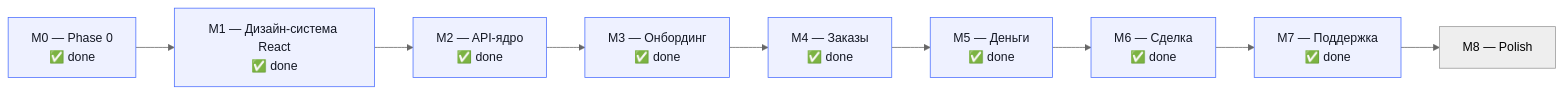
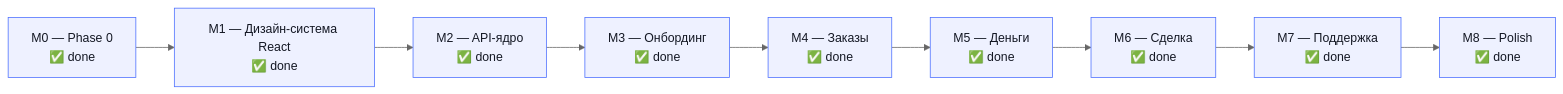
One commit to koishybek/zovu changed the diagram in docs/10-status.md. Above: the diagram before and after it, drawn with Mermaid (neutral theme). The commit also changed other lines of this file and 9 other files, not shown here.

````diff
--- a/docs/10-status.md
+++ b/docs/10-status.md
@@ -27,19 +27,20 @@
 ```mermaid
 flowchart LR
     M0["M0 — Phase 0<br/>✅ done"] --> M1["M1 — Дизайн-система React<br/>✅ done"]
     M1 --> M2["M2 — API-ядро<br/>✅ done"]
     M2 --> M3["M3 — Онбординг<br/>✅ done"]
     M3 --> M4["M4 — Заказы<br/>✅ done"]
     M4 --> M5["M5 — Деньги<br/>✅ done"]
     M5 --> M6["M6 — Сделка<br/>✅ done"]
     M6 --> M7["M7 — Поддержка<br/>✅ done"]
-    M7 --> M8["M8 — Polish"]
+    M7 --> M8["M8 — Polish<br/>✅ done"]
     style M0 fill:#EEF1FF,stroke:#4C6FFF,color:#141824
     style M1 fill:#EEF1FF,stroke:#4C6FFF,color:#141824
     style M2 fill:#EEF1FF,stroke:#4C6FFF,color:#141824
     style M3 fill:#EEF1FF,stroke:#4C6FFF,color:#141824
     style M4 fill:#EEF1FF,stroke:#4C6FFF,color:#141824
     style M5 fill:#EEF1FF,stroke:#4C6FFF,color:#141824
     style M6 fill:#EEF1FF,stroke:#4C6FFF,color:#141824
     style M7 fill:#EEF1FF,stroke:#4C6FFF,color:#141824
+    style M8 fill:#EEF1FF,stroke:#4C6FFF,color:#141824
 ```
````
